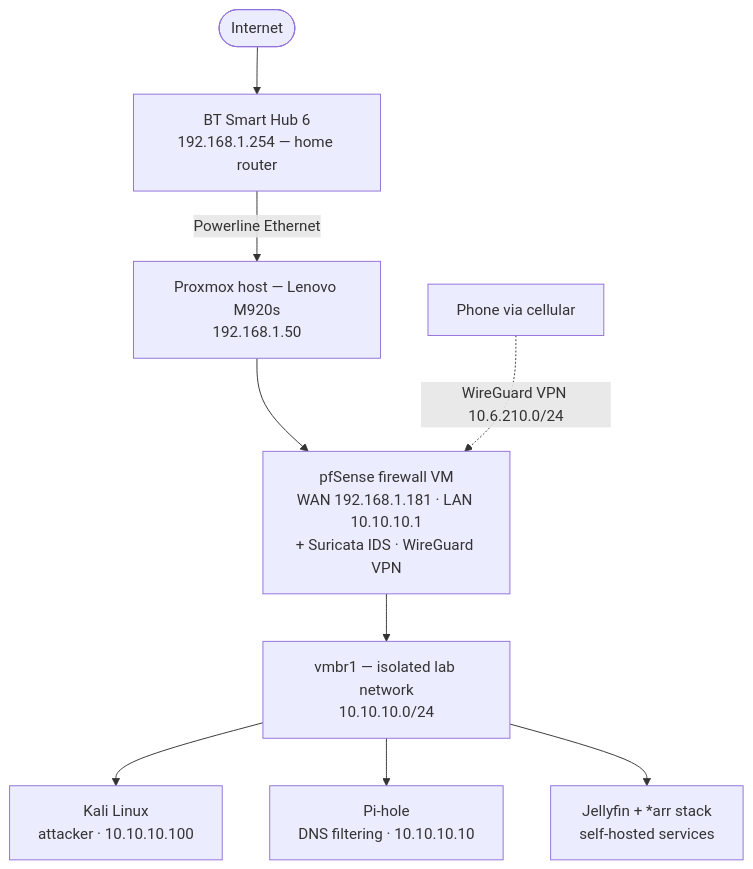
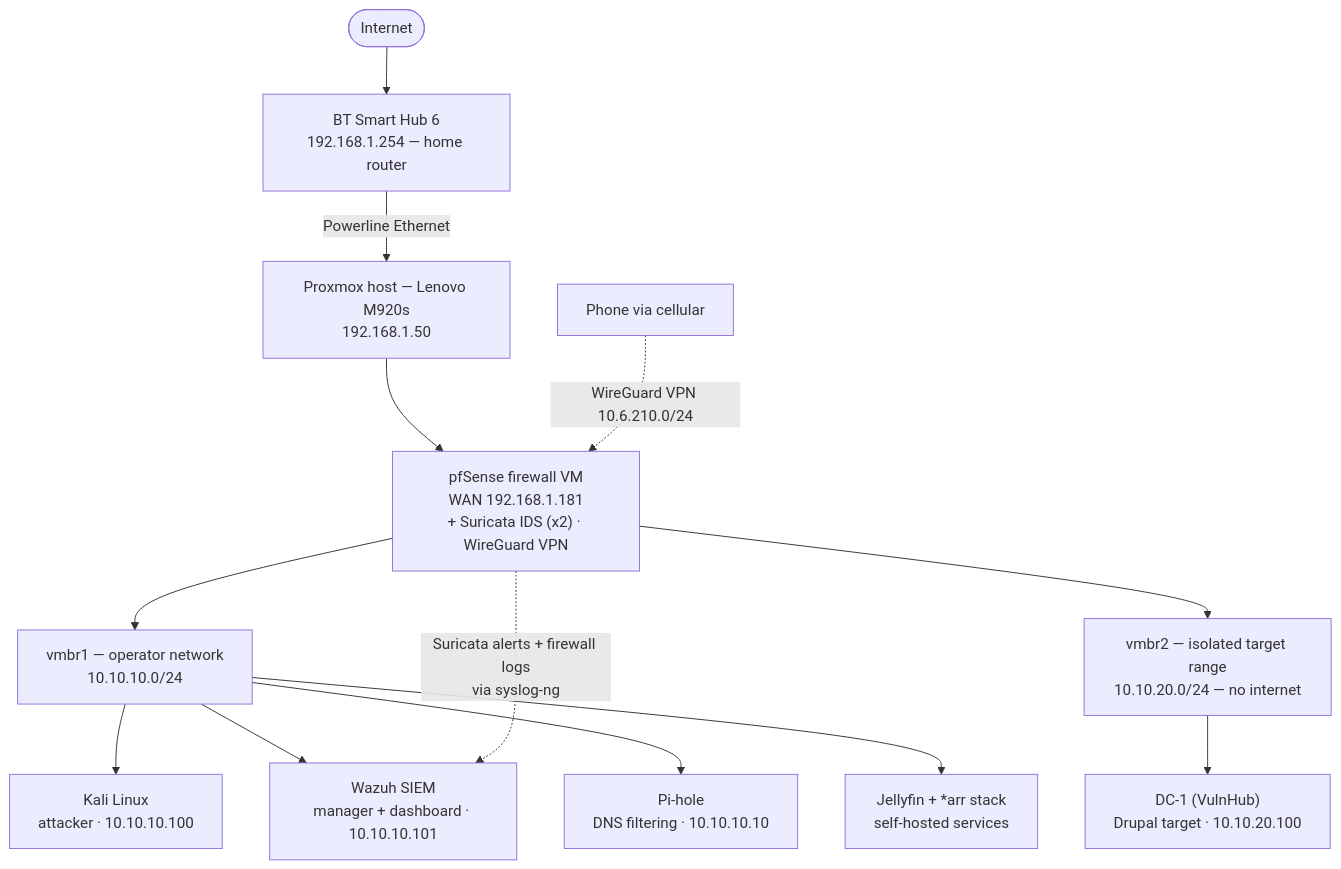
Before and after one commit to dennis-sec/cybersecurity-homelab: the diagram in README.md, drawn with Mermaid. The commit also changed other lines of this file, not shown here.

````diff
--- a/README.md
+++ b/README.md
@@ -17,11 +17,15 @@
 ```mermaid
 flowchart TD
   INT([Internet]) --> BT["BT Smart Hub 6<br/>192.168.1.254 — home router"]
   BT -->|Powerline Ethernet| PVE["Proxmox host — Lenovo M920s<br/>192.168.1.50"]
-  PVE --> PF["pfSense firewall VM<br/>WAN 192.168.1.181 · LAN 10.10.10.1<br/>+ Suricata IDS · WireGuard VPN"]
-  PF --> SW["vmbr1 — isolated lab network<br/>10.10.10.0/24"]
-  SW --> KALI["Kali Linux<br/>attacker · 10.10.10.100"]
-  SW --> PIH["Pi-hole<br/>DNS filtering · 10.10.10.10"]
-  SW --> MEDIA["Jellyfin + *arr stack<br/>self-hosted services"]
+  PVE --> PF["pfSense firewall VM<br/>WAN 192.168.1.181<br/>+ Suricata IDS (x2) · WireGuard VPN"]
+  PF --> LAN["vmbr1 — operator network<br/>10.10.10.0/24"]
+  PF --> VULN["vmbr2 — isolated target range<br/>10.10.20.0/24 — no internet"]
+  LAN --> KALI["Kali Linux<br/>attacker · 10.10.10.100"]
+  LAN --> WAZUH["Wazuh SIEM<br/>manager + dashboard · 10.10.10.101"]
+  LAN --> PIH["Pi-hole<br/>DNS filtering · 10.10.10.10"]
+  LAN --> MEDIA["Jellyfin + *arr stack<br/>self-hosted services"]
+  VULN --> DC1["DC-1 (VulnHub)<br/>Drupal target · 10.10.20.100"]
   PHONE["Phone via cellular"] -.->|"WireGuard VPN 10.6.210.0/24"| PF
+  PF -.->|"Suricata alerts + firewall logs<br/>via syslog-ng"| WAZUH
 ```
````
